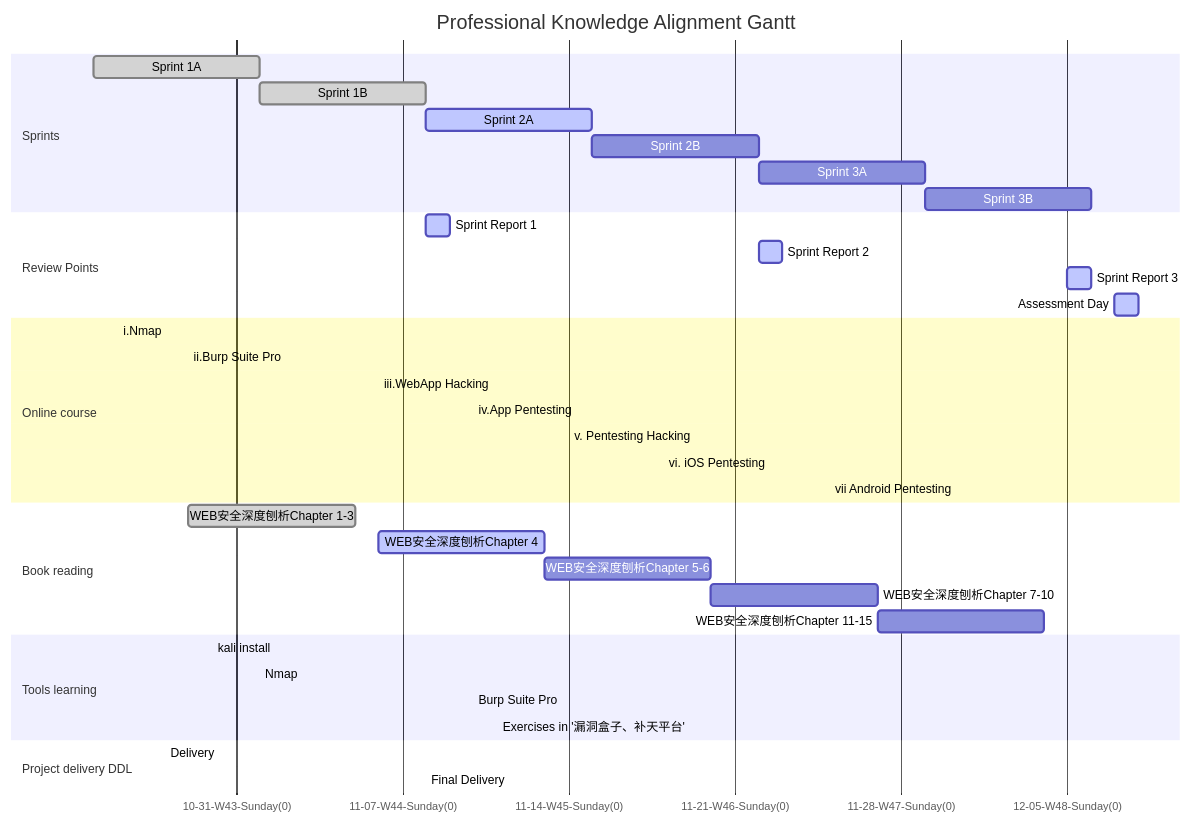
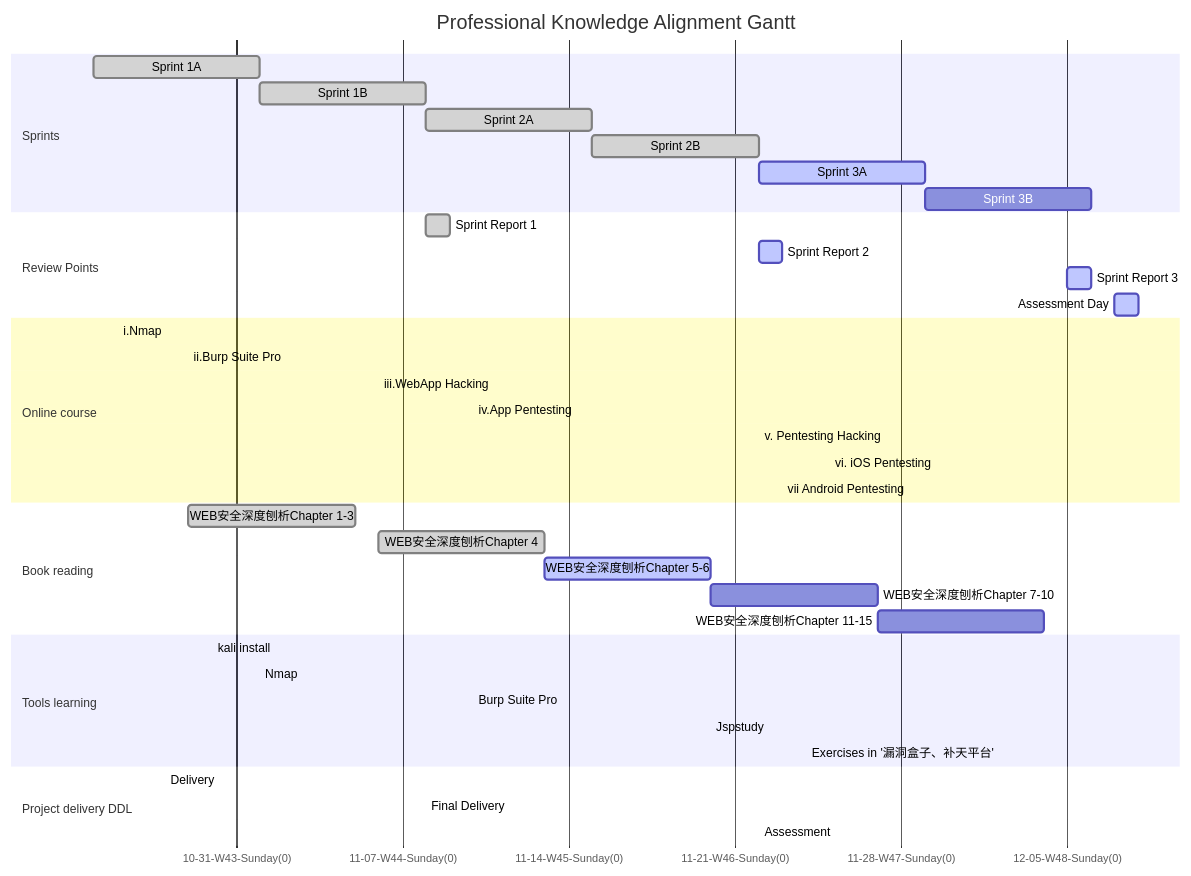
One commit to sorphwer/sorphwer.github.io changed the second of 2 diagrams in learning.md. Above: the diagram before and after it, drawn with Mermaid.

Commit message:
update gantt 11 24

````diff
--- a/learning.md
+++ b/learning.md
@@ -74,47 +74,49 @@
 ```mermaid
 
 gantt
 
 title Professional Knowledge Alignment Gantt
 todayMarker stroke-width:2px,stroke:#00,opacity:0.8
 axisFormat  %m-%d-W%W-%A(%w)
 section Sprints
 Sprint 1A          :done,    des1, 2021-10-25,1w
 Sprint 1B          :done,    des1, 2021-11-1,1w
-Sprint 2A          :active,    des1, 2021-11-8,1w
-Sprint 2B          :    des1, 2021-11-15,1w
-Sprint 3A          :    des1, 2021-11-22,1w
+Sprint 2A          :done,    des1, 2021-11-8,1w
+Sprint 2B          :done, 2021-11-15,1w
+Sprint 3A          :active, 2021-11-22,1w
 Sprint 3B          :    des1, 2021-11-29,1w
 section Review Points
-Sprint Report 1: active, 2021-11-8,1d
+Sprint Report 1: done, 2021-11-8,1d
 Sprint Report 2: active, 2021-11-22,1d
 Sprint Report 3: active, 2021-12-5,1d
 Assessment Day:active, 2021-12-7,1d
 section Online course
 i.Nmap         : done,   oc1, 2021-10-26,2021-11-02
-ii.Burp Suite Pro:active,    oc2, 2021-10-29,2021-11-15
-iii.WebApp Hacking: active,oc3, 2021-11-6,2021-12-7
-iv.App Pentesting:oc4, 2021-11-10,2021-12-7
-v. Pentesting Hacking:oc5, 2021-11-14,2021-12-7
-vi. iOS Pentesting: oc6, 2021-11-18,2021-12-7
-vii Android Pentesting:oc7, 2021-11-25,2021-12-7
+ii.Burp Suite Pro:done,    oc2, 2021-10-29,2021-11-15
+iii.WebApp Hacking: done,oc3, 2021-11-6,2021-11-23
+iv.App Pentesting:active, 2021-11-10,2021-12-7
+v. Pentesting Hacking:oc5, 2021-11-22,2021-12-7
+vi. iOS Pentesting: oc6, 2021-11-25,2021-12-7
+vii Android Pentesting:active, 2021-11-23,2021-12-7
 
 section Book reading
 WEB安全深度刨析Chapter 1-3 :done , des1,2021-10-29,1w
-WEB安全深度刨析Chapter 4 : active,2021-11-6,1w
-WEB安全深度刨析Chapter 5-6 : ,2021-11-13,1w
-WEB安全深度刨析Chapter 7-10 : 2021-11-20,1w
+WEB安全深度刨析Chapter 4 : done,2021-11-6,1w
+WEB安全深度刨析Chapter 5-6 :active ,2021-11-13,1w
+WEB安全深度刨析Chapter 7-10 :active 2021-11-20,1w
 WEB安全深度刨析Chapter 11-15 : ,2021-11-27,1w
 section Tools learning
 kali install: done,2021-10-30,2021-11-02
-Nmap: active,2021-11-1,2021-11-015
-Burp Suite Pro: active,2021-11-10,2021-11-20
-Exercises in '漏洞盒子、补天平台': 2021-11-11,2021-12-7
+Nmap: done,2021-11-1,2021-11-015
+Burp Suite Pro: done,2021-11-10,2021-11-20
+Jspstudy: active,2021-11-20,2021-12-7
+Exercises in '漏洞盒子、补天平台': 2021-11-24,2021-12-7
 
 section Project delivery DDL
 Delivery:done, 2021-10-28,2021-11-02
-Final Delivery : active, 2021-11-8,2021-11-12
+Final Delivery : done, 2021-11-8,2021-11-12
+Assessment: active, 2021-11-22,2021-11-30
 
 
 
 ```
````
